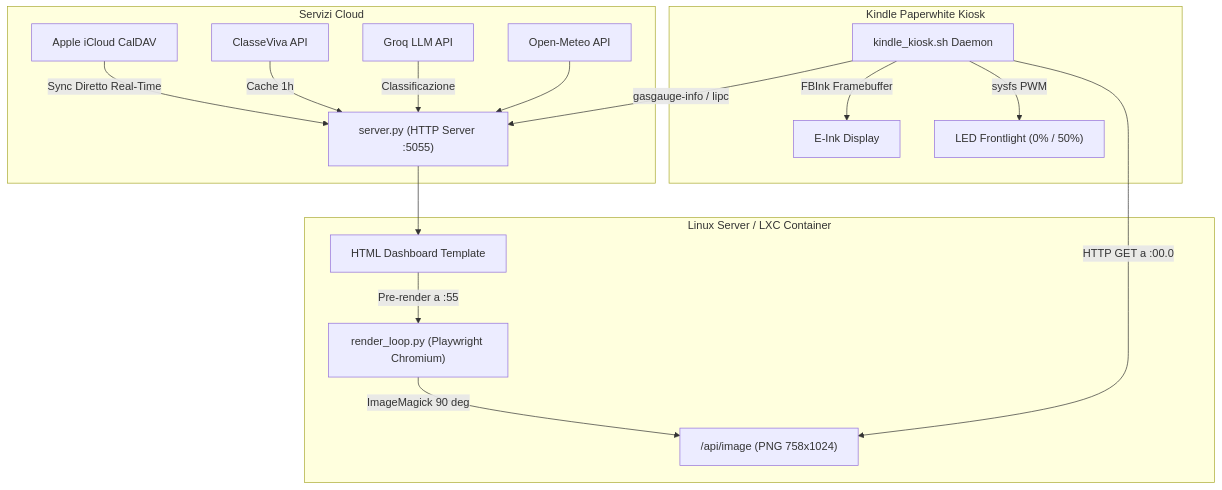
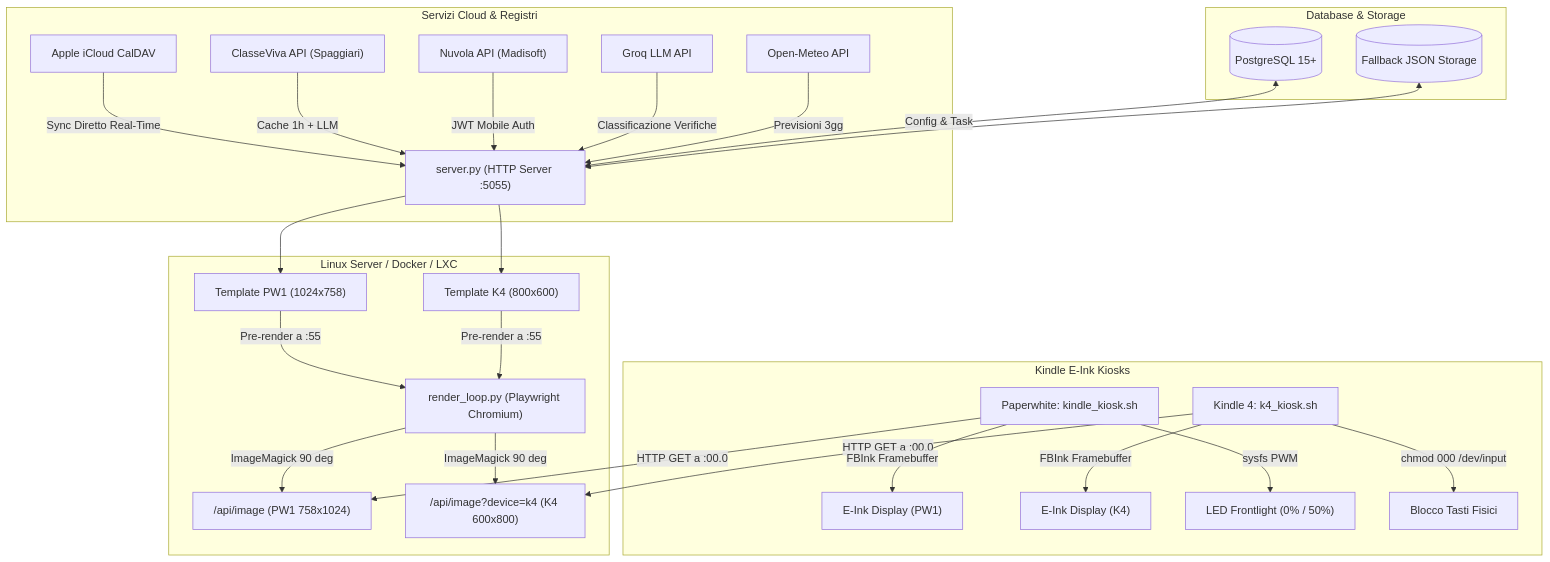
One commit to Gianlu1107/kindle-calendar changed the diagram in README.md. Above: the diagram before and after it, drawn with Mermaid. The commit also changed other lines of this file and 14 other files, not shown here.

````diff
--- a/README.md
+++ b/README.md
@@ -28,23 +25,34 @@
 ```mermaid
 flowchart TD
-    subgraph Cloud ["Servizi Cloud"]
+    subgraph Cloud ["Servizi Cloud & Registri"]
         IC["Apple iCloud CalDAV"] -->|Sync Diretto Real-Time| D
-        CV["ClasseViva API"] -->|Cache 1h| D
-        GQ["Groq LLM API"] -->|Classificazione| D
-        OM["Open-Meteo API"] --> D
+        CV["ClasseViva API (Spaggiari)"] -->|Cache 1h + LLM| D
+        NV["Nuvola API (Madisoft)"] -->|JWT Mobile Auth| D
+        GQ["Groq LLM API"] -->|Classificazione Verifiche| D
+        OM["Open-Meteo API"] -->|Previsioni 3gg| D
     end
 
-    subgraph Server ["Linux Server / LXC Container"]
-        D["server.py (HTTP Server :5055)"]
-        D --> E["HTML Dashboard Template"]
-        E -->|Pre-render a :55| F["render_loop.py (Playwright Chromium)"]
-        F -->|ImageMagick 90 deg| G["/api/image (PNG 758x1024)"]
+    subgraph Storage ["Database & Storage"]
+        PG[("PostgreSQL 15+")] <-->|Config & Task| D
+        JS[("Fallback JSON Storage")] <--> D
     end
 
-    subgraph Kindle ["Kindle Paperwhite Kiosk"]
-        H["kindle_kiosk.sh Daemon"] -->|HTTP GET a :00.0| G
-        H -->|gasgauge-info / lipc| D
-        H -->|FBInk Framebuffer| I["E-Ink Display"]
-        H -->|sysfs PWM| J["LED Frontlight (0% / 50%)"]
+    subgraph Server ["Linux Server / Docker / LXC"]
+        D["server.py (HTTP Server :5055)"]
+        D --> E1["Template PW1 (1024x758)"]
+        D --> E2["Template K4 (800x600)"]
+        E1 -->|Pre-render a :55| F["render_loop.py (Playwright Chromium)"]
+        E2 -->|Pre-render a :55| F
+        F -->|ImageMagick 90 deg| G1["/api/image (PW1 758x1024)"]
+        F -->|ImageMagick 90 deg| G2["/api/image?device=k4 (K4 600x800)"]
+    end
+
+    subgraph Clients ["Kindle E-Ink Kiosks"]
+        H1["Paperwhite: kindle_kiosk.sh"] -->|HTTP GET a :00.0| G1
+        H2["Kindle 4: k4_kiosk.sh"] -->|HTTP GET a :00.0| G2
+        H1 -->|FBInk Framebuffer| I1["E-Ink Display (PW1)"]
+        H2 -->|FBInk Framebuffer| I2["E-Ink Display (K4)"]
+        H1 -->|sysfs PWM| J1["LED Frontlight (0% / 50%)"]
+        H2 -->|chmod 000 /dev/input| J2["Blocco Tasti Fisici"]
     end
 ```
````
